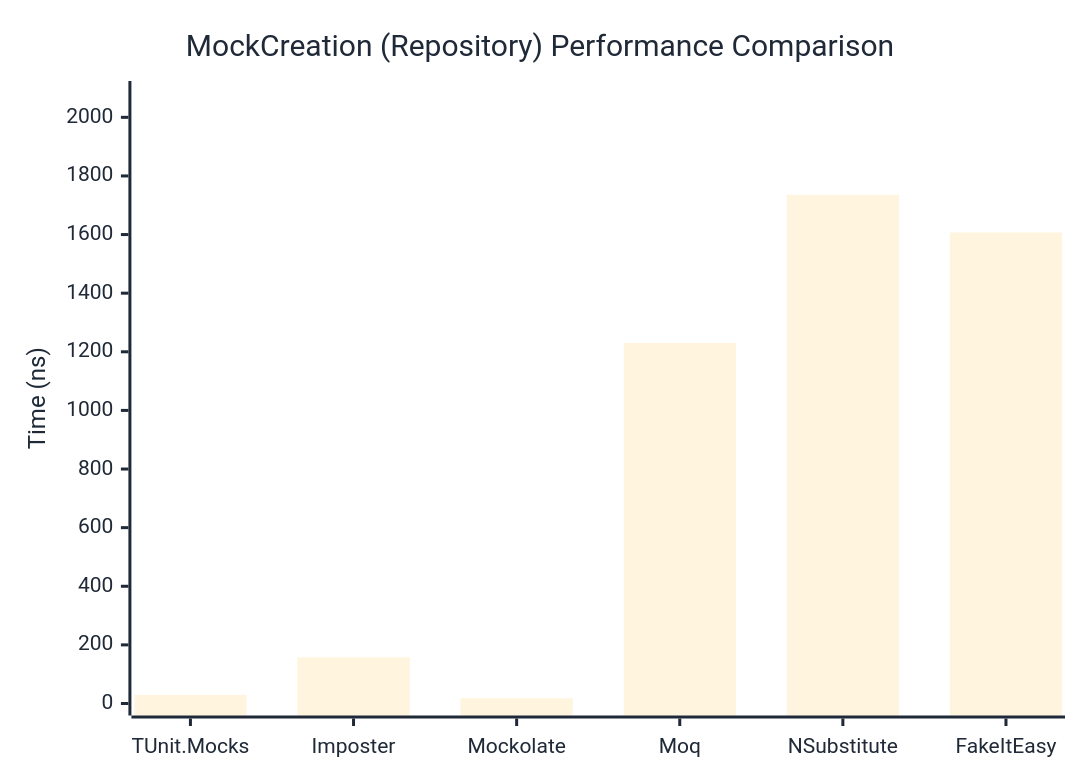
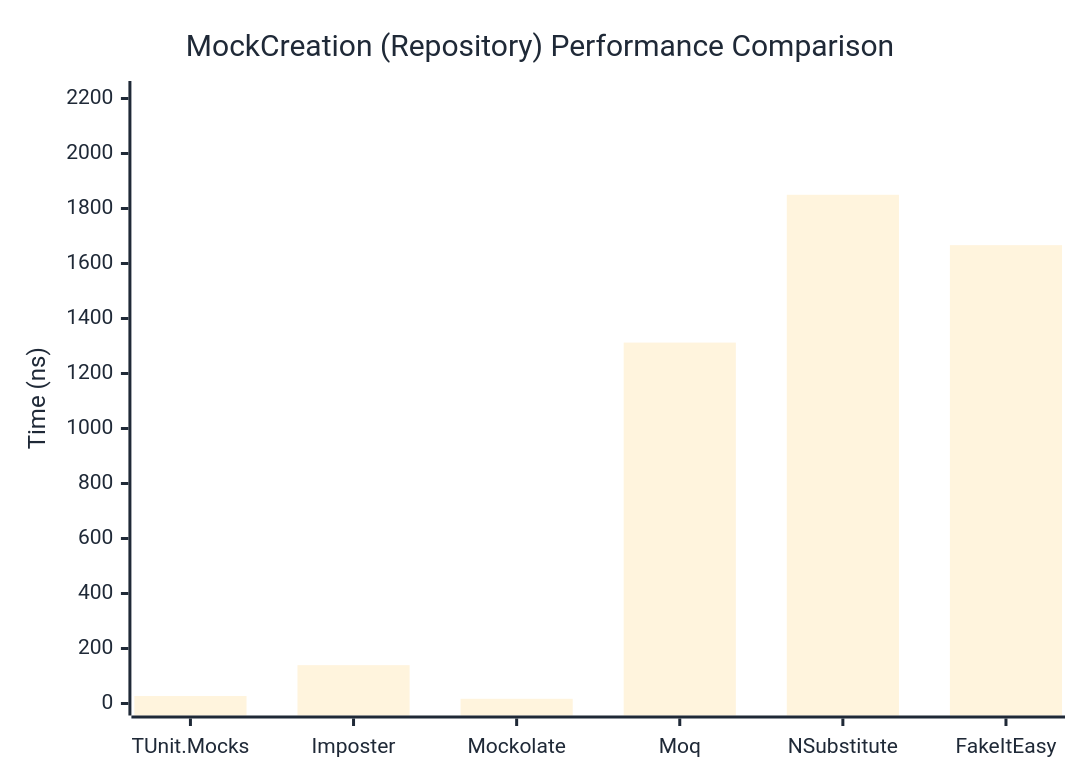
The second of 2 diagrams in docs/docs/benchmarks/mocks/MockCreation.md (thomhurst/TUnit), drawn with Mermaid before and after one commit. The commit also changed other lines of this file and 14 other files, not shown here.

````diff
--- a/docs/docs/benchmarks/mocks/MockCreation.md
+++ b/docs/docs/benchmarks/mocks/MockCreation.md
@@ -71,27 +71,27 @@
 ```mermaid
 %%{init: {
   'theme':'base',
   'themeVariables': {
     'primaryColor': '#2563eb',
     'primaryTextColor': '#1f2937',
     'primaryBorderColor': '#1e40af',
     'lineColor': '#6b7280',
     'secondaryColor': '#7c3aed',
     'tertiaryColor': '#dc2626',
     'background': '#ffffff',
     'pie1': '#2563eb',
     'pie2': '#7c3aed',
     'pie3': '#dc2626',
     'pie4': '#f59e0b',
     'pie5': '#10b981',
     'pie6': '#06b6d4',
     'pie7': '#ec4899',
     'pie8': '#6366f1'
   }
 }}%%
 xychart-beta
   title "MockCreation (Repository) Performance Comparison"
   x-axis ["TUnit.Mocks", "Imposter", "Mockolate", "Moq", "NSubstitute", "FakeItEasy"]
-  y-axis "Time (ns)" 0 --> 2083
-  bar [29.47, 157.65, 18.12, 1229.9, 1735.69, 1607]
+  y-axis "Time (ns)" 0 --> 2220
+  bar [27.3, 139.42, 17.1, 1312.41, 1849.9, 1666.73]
 ```
````
